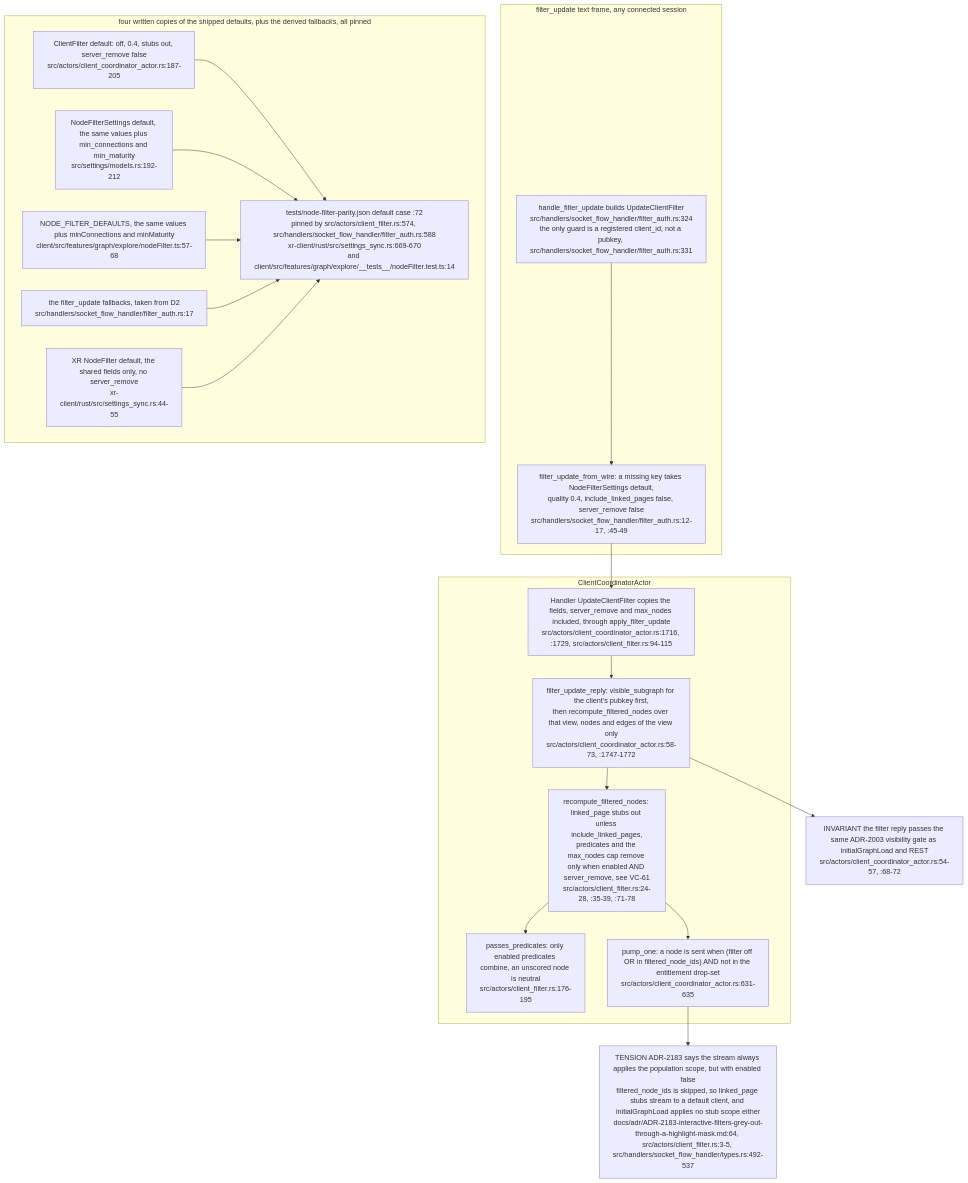
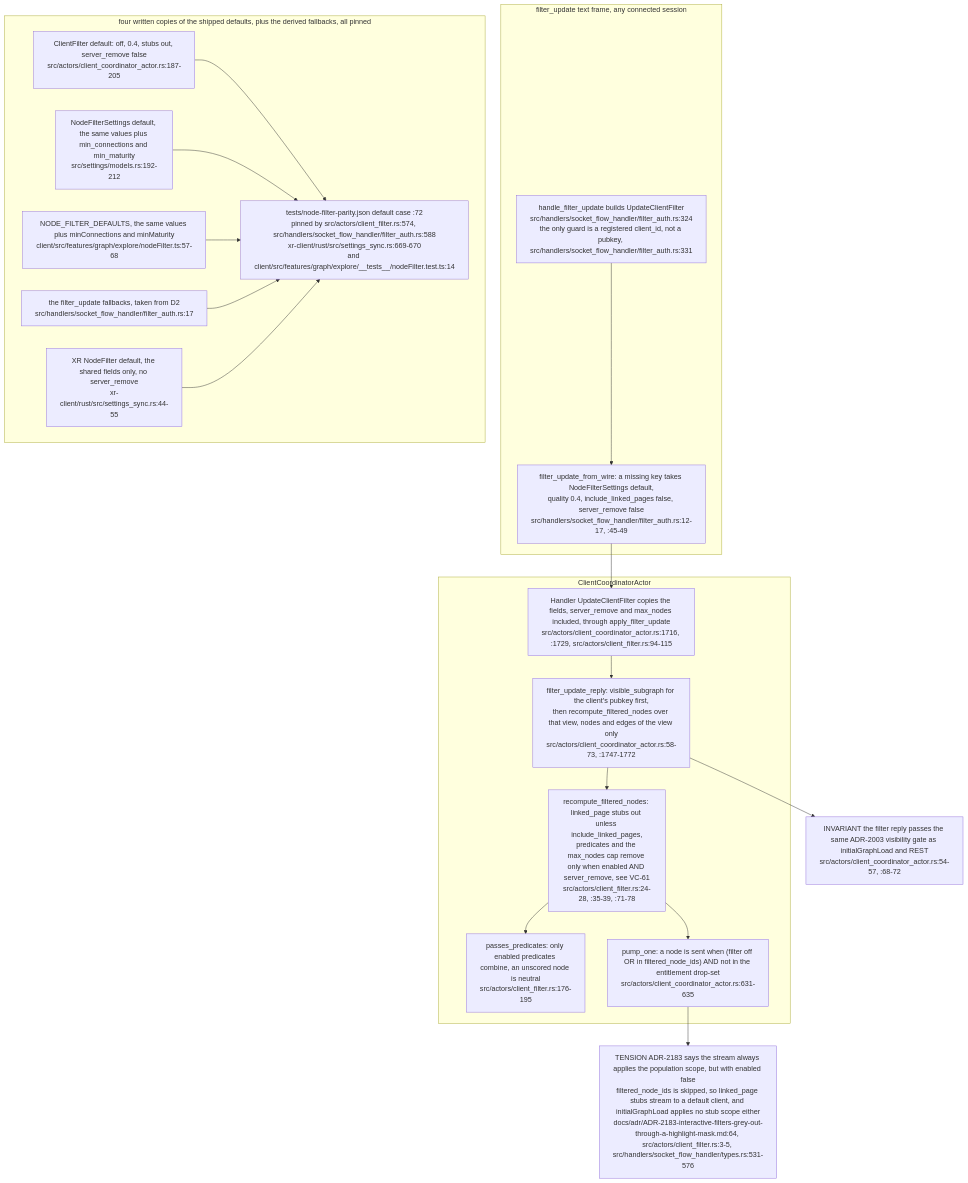
One commit to DreamLab-AI/VisionFlow changed the eighth of 9 diagrams in docs/diagrams/visionclaw/13-broadcast-pipeline-and-websocket.md. Above: the diagram before and after it, drawn with Mermaid. The commit also changed other lines of this file and 7 other files, not shown here.

First line of the commit message:
diagrams(visionclaw): re-verify VC-09..VC-16 at visionclaw 4900ec60

````diff
--- a/docs/diagrams/visionclaw/13-broadcast-pipeline-and-websocket.md
+++ b/docs/diagrams/visionclaw/13-broadcast-pipeline-and-websocket.md
@@ -459,33 +460,33 @@
 ```mermaid
 flowchart TB
     subgraph IN["filter_update text frame, any connected session"]
         FU["handle_filter_update builds UpdateClientFilter<br/>src/handlers/socket_flow_handler/filter_auth.rs:324<br/>the only guard is a registered client_id, not a pubkey, src/handlers/socket_flow_handler/filter_auth.rs:331"]
         FB["filter_update_from_wire: a missing key takes NodeFilterSettings default,<br/>quality 0.4, include_linked_pages false, server_remove false<br/>src/handlers/socket_flow_handler/filter_auth.rs:12-17, :45-49"]
         FU --> FB
     end
     subgraph CC["ClientCoordinatorActor"]
         UH["Handler UpdateClientFilter copies the fields, server_remove and max_nodes included, through apply_filter_update<br/>src/actors/client_coordinator_actor.rs:1716, :1729, src/actors/client_filter.rs:94-115"]
         REP["filter_update_reply: visible_subgraph for the client's pubkey first,<br/>then recompute_filtered_nodes over that view, nodes and edges of the view only<br/>src/actors/client_coordinator_actor.rs:58-73, :1747-1772"]
         RC["recompute_filtered_nodes: linked_page stubs out unless include_linked_pages,<br/>predicates and the max_nodes cap remove only when enabled AND server_remove, see VC-61<br/>src/actors/client_filter.rs:24-28, :35-39, :71-78"]
         PR["passes_predicates: only enabled predicates combine, an unscored node is neutral<br/>src/actors/client_filter.rs:176-195"]
         PUMP["pump_one: a node is sent when (filter off OR in filtered_node_ids) AND not in the entitlement drop-set<br/>src/actors/client_coordinator_actor.rs:631-635"]
         UH --> REP --> RC --> PR
         RC --> PUMP
     end
     subgraph DEF["four written copies of the shipped defaults, plus the derived fallbacks, all pinned"]
         D1["ClientFilter default: off, 0.4, stubs out, server_remove false<br/>src/actors/client_coordinator_actor.rs:187-205"]
         D2["NodeFilterSettings default, the same values plus min_connections and min_maturity<br/>src/settings/models.rs:192-212"]
         D3["NODE_FILTER_DEFAULTS, the same values plus minConnections and minMaturity<br/>client/src/features/graph/explore/nodeFilter.ts:57-68"]
         D5["XR NodeFilter default, the shared fields only, no server_remove<br/>xr-client/rust/src/settings_sync.rs:44-55"]
         D4["the filter_update fallbacks, taken from D2<br/>src/handlers/socket_flow_handler/filter_auth.rs:17"]
         FIX["tests/node-filter-parity.json default case :72<br/>pinned by src/actors/client_filter.rs:574, src/handlers/socket_flow_handler/filter_auth.rs:588<br/>xr-client/rust/src/settings_sync.rs:669-670<br/>and client/src/features/graph/explore/__tests__/nodeFilter.test.ts:14"]
         D1 --> FIX
         D2 --> FIX
         D3 --> FIX
         D4 --> FIX
         D5 --> FIX
     end
     FB --> UH
     REP --> I1["INVARIANT the filter reply passes the same ADR-2003 visibility gate as initialGraphLoad and REST<br/>src/actors/client_coordinator_actor.rs:54-57, :68-72"]
-    PUMP --> T2["TENSION ADR-2183 says the stream always applies the population scope, but with enabled false<br/>filtered_node_ids is skipped, so linked_page stubs stream to a default client, and initialGraphLoad applies no stub scope either<br/>docs/adr/ADR-2183-interactive-filters-grey-out-through-a-highlight-mask.md:64, src/actors/client_filter.rs:3-5, src/handlers/socket_flow_handler/types.rs:492-537"]
+    PUMP --> T2["TENSION ADR-2183 says the stream always applies the population scope, but with enabled false<br/>filtered_node_ids is skipped, so linked_page stubs stream to a default client, and initialGraphLoad applies no stub scope either<br/>docs/adr/ADR-2183-interactive-filters-grey-out-through-a-highlight-mask.md:64, src/actors/client_filter.rs:3-5, src/handlers/socket_flow_handler/types.rs:531-576"]
 ```
````
